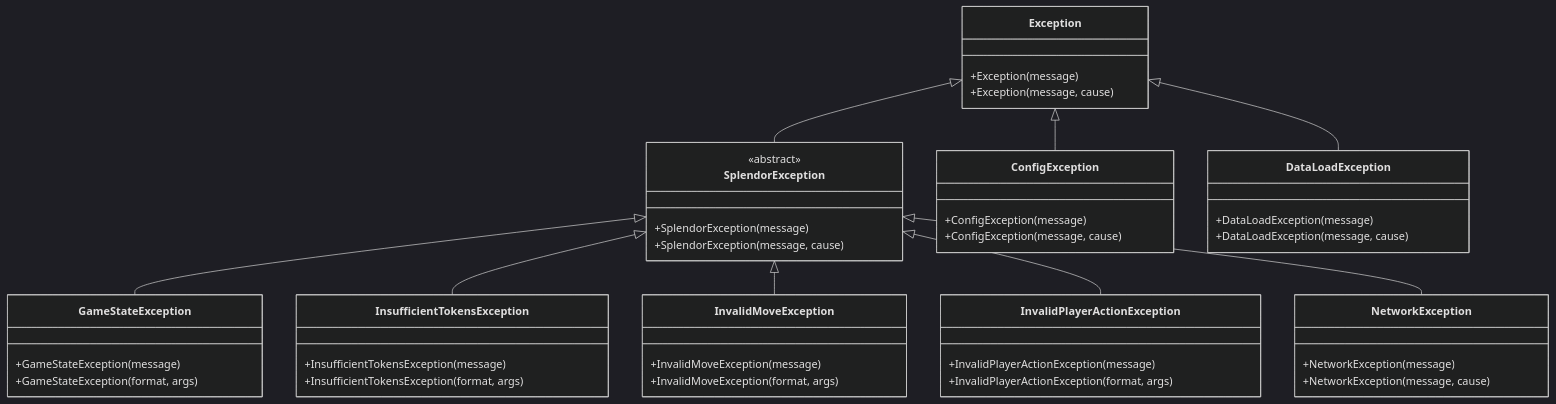
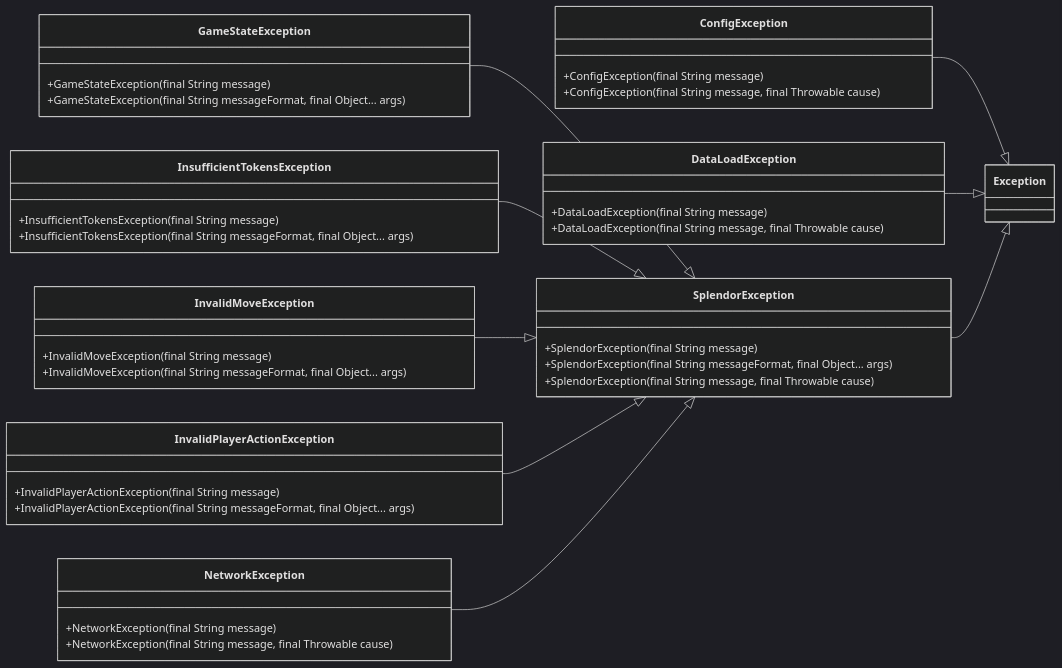
Before and after one commit to bryanseah234/playsplendor: the diagram in diagrams/src/splendor-class-diagram_10.mmd, drawn with Mermaid (dark theme). The commit also changed 89 other files, not shown here.

Commit message:
diagrams

```diff
--- a/diagrams/src/splendor-class-diagram_10.mmd
+++ b/diagrams/src/splendor-class-diagram_10.mmd
@@ -1,55 +1,51 @@
 classDiagram
-    class Exception {
-        +Exception(message)
-        +Exception(message, cause)
+    direction LR
+    class ConfigException {
+        +ConfigException(final String message)
+        +ConfigException(final String message, final Throwable cause)
     }
-    
+
+    ConfigException --|> Exception
+    class DataLoadException {
+        +DataLoadException(final String message)
+        +DataLoadException(final String message, final Throwable cause)
+    }
+
+    DataLoadException --|> Exception
+    class GameStateException {
+        +GameStateException(final String message)
+        +GameStateException(final String messageFormat, final Object... args)
+    }
+
+    GameStateException --|> SplendorException
+    class InsufficientTokensException {
+        +InsufficientTokensException(final String message)
+        +InsufficientTokensException(final String messageFormat, final Object... args)
+    }
+
+    InsufficientTokensException --|> SplendorException
+    class InvalidMoveException {
+        +InvalidMoveException(final String message)
+        +InvalidMoveException(final String messageFormat, final Object... args)
+    }
+
+    InvalidMoveException --|> SplendorException
+    class InvalidPlayerActionException {
+        +InvalidPlayerActionException(final String message)
+        +InvalidPlayerActionException(final String messageFormat, final Object... args)
+    }
+
+    InvalidPlayerActionException --|> SplendorException
+    class NetworkException {
+        +NetworkException(final String message)
+        +NetworkException(final String message, final Throwable cause)
+    }
+
+    NetworkException --|> SplendorException
     class SplendorException {
-        <<abstract>>
-        +SplendorException(message)
-        +SplendorException(message, cause)
+        +SplendorException(final String message)
+        +SplendorException(final String messageFormat, final Object... args)
+        +SplendorException(final String message, final Throwable cause)
     }
-    
-    class GameStateException {
-        +GameStateException(message)
-        +GameStateException(format, args)
-    }
-    
-    class InsufficientTokensException {
-        +InsufficientTokensException(message)
-        +InsufficientTokensException(format, args)
-    }
-    
-    class InvalidMoveException {
-        +InvalidMoveException(message)
-        +InvalidMoveException(format, args)
-    }
-    
-    class InvalidPlayerActionException {
-        +InvalidPlayerActionException(message)
-        +InvalidPlayerActionException(format, args)
-    }
-    
-    class ConfigException {
-        +ConfigException(message)
-        +ConfigException(message, cause)
-    }
-    
-    class DataLoadException {
-        +DataLoadException(message)
-        +DataLoadException(message, cause)
-    }
-    
-    class NetworkException {
-        +NetworkException(message)
-        +NetworkException(message, cause)
-    }
-    
-    Exception <|-- SplendorException
-    SplendorException <|-- GameStateException
-    SplendorException <|-- InsufficientTokensException
-    SplendorException <|-- InvalidMoveException
-    SplendorException <|-- InvalidPlayerActionException
-    SplendorException <|-- NetworkException
-    Exception <|-- ConfigException
-    Exception <|-- DataLoadException
+
+    SplendorException --|> Exception
```
